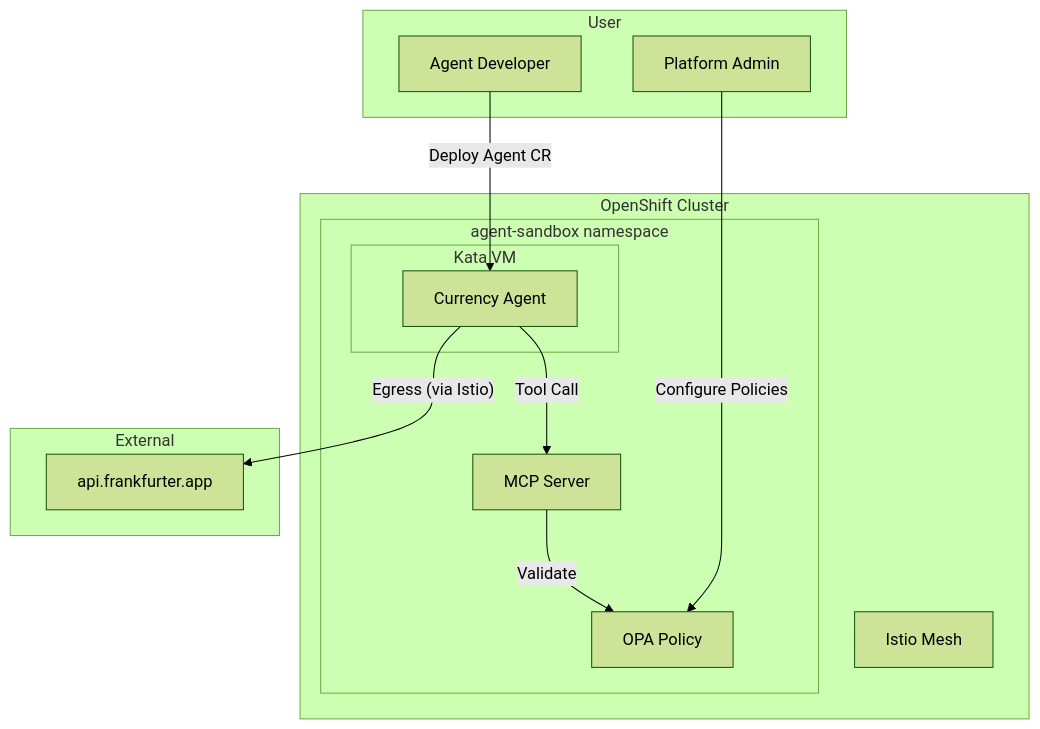
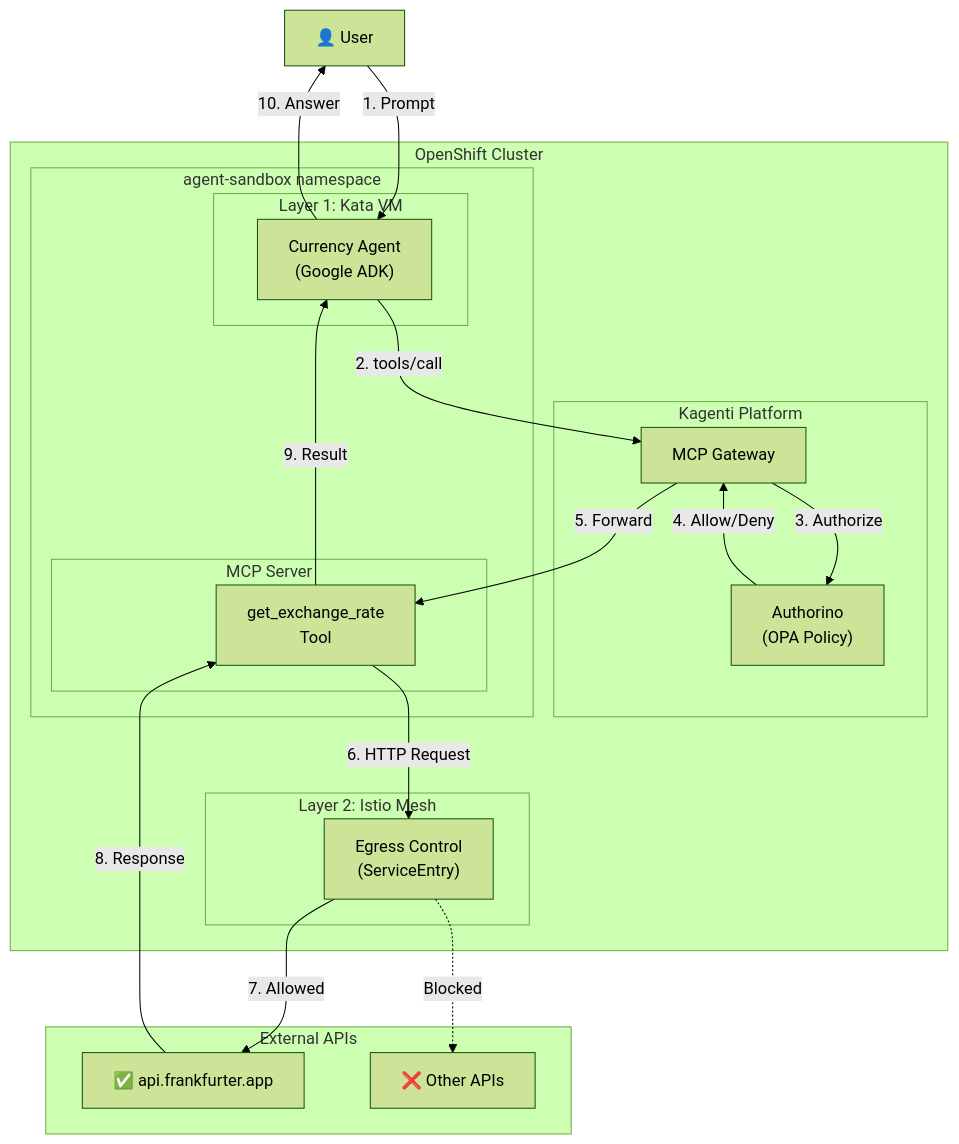
One commit to rrbanda/agent-sandbox-ocp changed the second of 2 diagrams in docs/workshop/01-introduction/index.md. Above: the diagram before and after it, drawn with Mermaid (forest theme). The commit also changed other lines of this file, not shown here.

Commit message:
Streamline Introduction: remove demo section, add architecture diagram
- Removed redundant 'Security Demo' section (covered in Module 04)
- Added comprehensive architecture diagram with numbered flow
- Added component descriptions table
- Simplified 'What You'll Build' to focus on outcomes

````diff
--- a/docs/workshop/01-introduction/index.md
+++ b/docs/workshop/01-introduction/index.md
@@ -110,28 +103,42 @@
 ```mermaid
 flowchart TB
-    subgraph User
-        Dev["Agent Developer"]
-        Admin["Platform Admin"]
+    User["👤 User"]
+    
+    subgraph OpenShift["OpenShift Cluster"]
+        subgraph Kagenti["Kagenti Platform"]
+            Gateway["MCP Gateway"]
+            Authorino["Authorino<br/>(OPA Policy)"]
+        end
+        
+        subgraph NS["agent-sandbox namespace"]
+            subgraph Kata["Layer 1: Kata VM"]
+                Agent["Currency Agent<br/>(Google ADK)"]
+            end
+            
+            subgraph MCPServer["MCP Server"]
+                Tool["get_exchange_rate<br/>Tool"]
+            end
+        end
+        
+        subgraph Istio["Layer 2: Istio Mesh"]
+            Egress["Egress Control<br/>(ServiceEntry)"]
+        end
     end
     
-    subgraph OpenShift["OpenShift Cluster"]
-        subgraph NS["agent-sandbox namespace"]
-            subgraph Kata["Kata VM"]
-                Agent["Currency Agent"]
-            end
-            MCP["MCP Server"]
-            Policy["OPA Policy"]
-        end
-        Istio["Istio Mesh"]
+    subgraph External["External APIs"]
+        API["✅ api.frankfurter.app"]
+        Blocked["❌ Other APIs"]
     end
     
-    subgraph External
-        API["api.frankfurter.app"]
-    end
-    
-    Dev -->|"Deploy Agent CR"| Agent
-    Admin -->|"Configure Policies"| Policy
-    Agent -->|"Tool Call"| MCP
-    MCP -->|"Validate"| Policy
-    Agent -->|"Egress (via Istio)"| API
+    User -->|"1. Prompt"| Agent
+    Agent -->|"2. tools/call"| Gateway
+    Gateway -->|"3. Authorize"| Authorino
+    Authorino -->|"4. Allow/Deny"| Gateway
+    Gateway -->|"5. Forward"| Tool
+    Tool -->|"6. HTTP Request"| Egress
+    Egress -->|"7. Allowed"| API
+    Egress -.->|"Blocked"| Blocked
+    API -->|"8. Response"| Tool
+    Tool -->|"9. Result"| Agent
+    Agent -->|"10. Answer"| User
 ```
````
